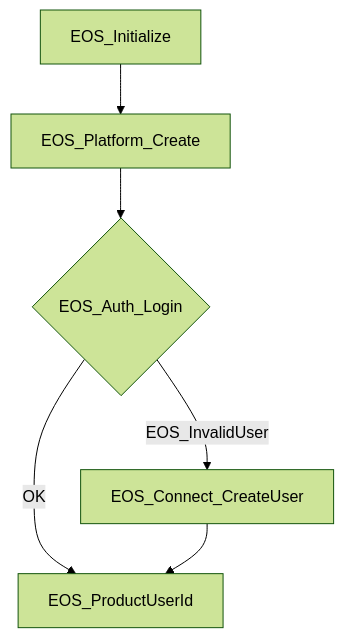
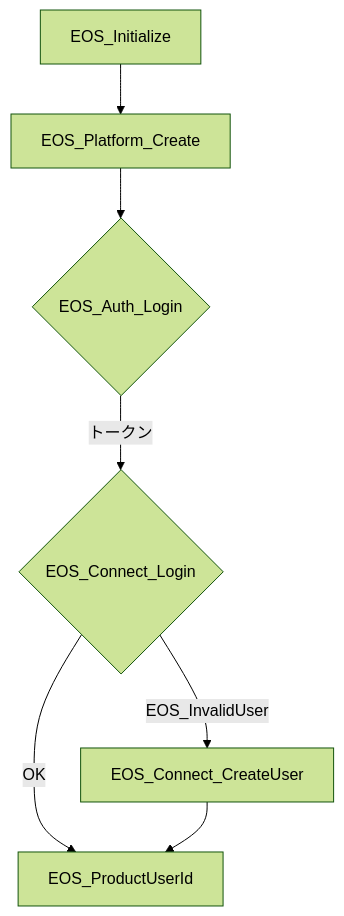
Before and after one commit to y-horiuchi-snd/eos_console_test: the diagram in README.md, drawn with Mermaid (forest theme). The commit also changed other lines of this file, not shown here.

Commit message:
EOS_LCT_の違いなど追記

````diff
--- a/README.md
+++ b/README.md
@@ -161,8 +192,9 @@
 ```mermaid
 graph TD
  A[EOS_Initialize]-->B[EOS_Platform_Create]
  B-->C{EOS_Auth_Login}
- C-->|OK|F[EOS_ProductUserId]
- C-->|EOS_InvalidUser| E[EOS_Connect_CreateUser]
- E-->F[EOS_ProductUserId]
+ C-->|トークン| E{EOS_Connect_Login}
+ E-->|OK|H[EOS_ProductUserId]
+ E-->|EOS_InvalidUser| G[EOS_Connect_CreateUser]
+ G-->H[EOS_ProductUserId]
 ```
````
